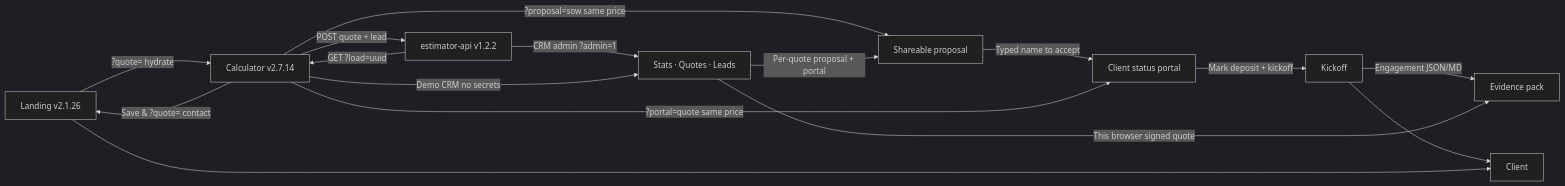
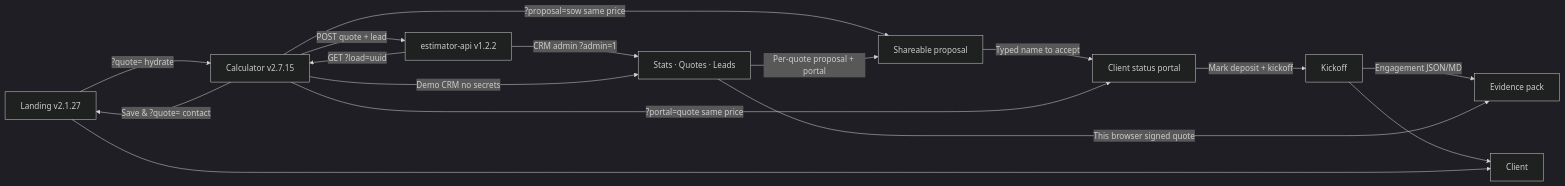
One commit to pixellayer7-jpg/pixellayer7-jpg changed the diagram in README.md. Above: the diagram before and after it, drawn with Mermaid (dark theme). The commit also changed other lines of this file and 4 other files, not shown here.

Commit message:
docs: landing v2.1.27 and calculator v2.7.15

````diff
--- a/README.md
+++ b/README.md
@@ -21,18 +21,18 @@
 ```mermaid
 flowchart LR
-  A[Landing v2.1.26] -->|?quote= hydrate| B[Calculator v2.7.14]
+  A[Landing v2.1.27] -->|?quote= hydrate| B[Calculator v2.7.15]
   B -->|Save & ?quote= contact| A
   B -->|?proposal=sow same price| R[Shareable proposal]
   R -->|Typed name to accept| P[Client status portal]
   P -->|Mark deposit + kickoff| K[Kickoff]
   K -->|Engagement JSON/MD| X[Evidence pack]
   B -->|?portal=quote same price| P
   B -->|POST quote + lead| D[estimator-api v1.2.2]
   D -->|CRM admin ?admin=1| E[Stats · Quotes · Leads]
   B -->|Demo CRM no secrets| E
   E -->|This browser signed quote| X
   E -->|Per-quote proposal + portal| R
   K --> F[Client]
   D -->|GET ?load=uuid| B
   A --> F[Client]
 ```
````
